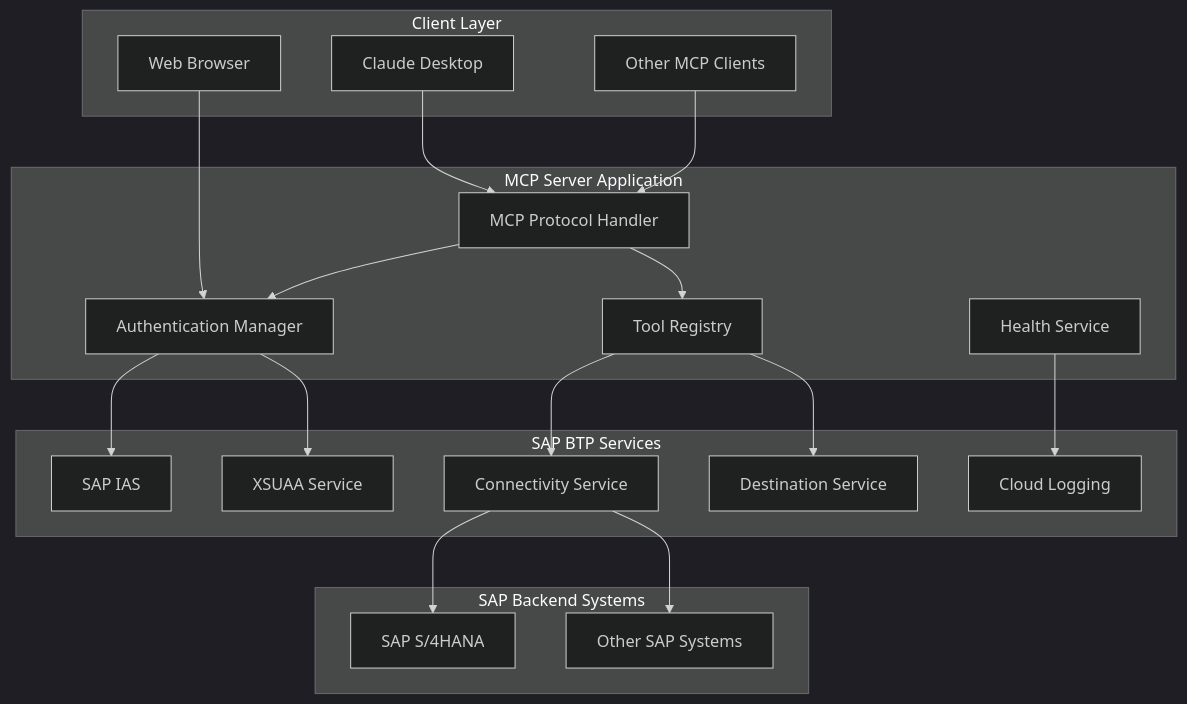
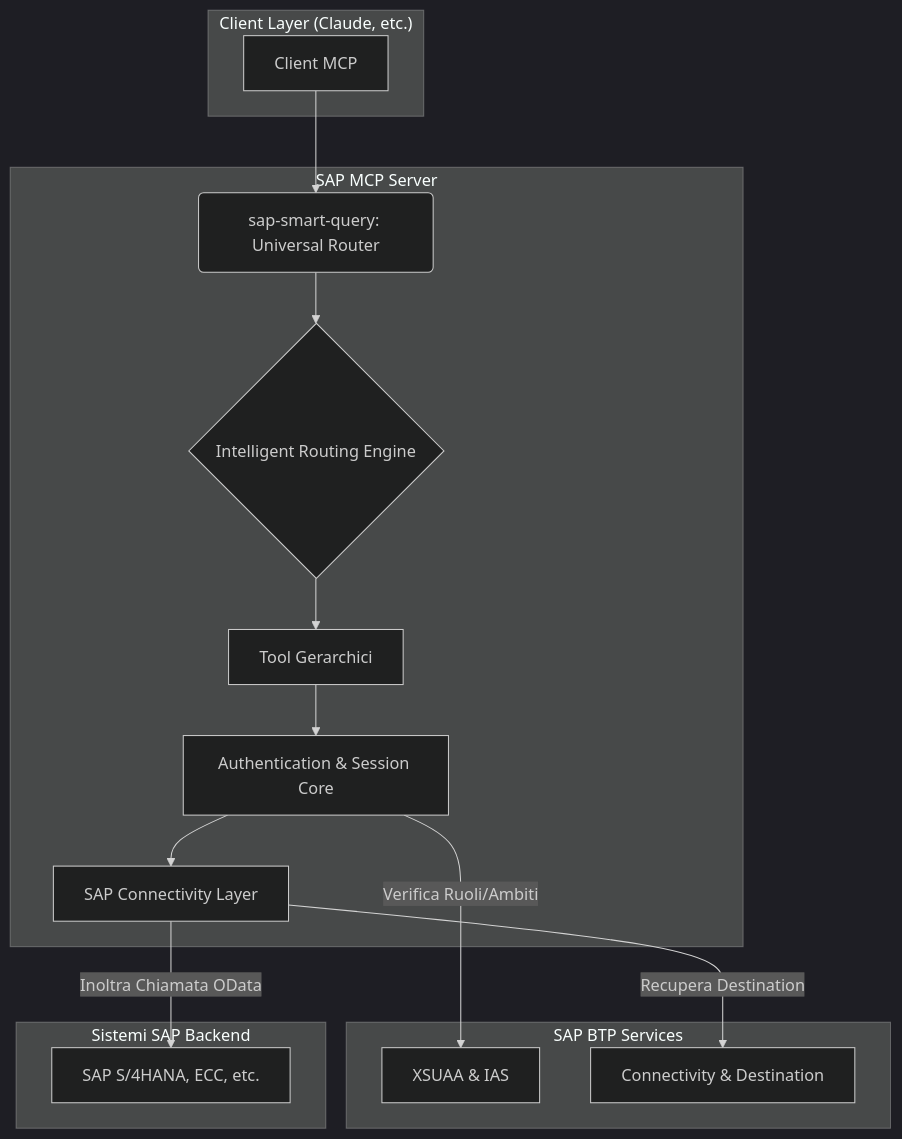
Before and after one commit to Raistlin82/btp-sap-odata-to-mcp-server-optimized: the diagram in docs/ARCHITECTURE.md, drawn with Mermaid (dark theme). The commit also changed other lines of this file and 13 other files, not shown here.

````diff
--- a/docs/ARCHITECTURE.md
+++ b/docs/ARCHITECTURE.md
@@ -8,41 +7,27 @@
 ```mermaid
-graph TB
-    subgraph "Client Layer"
-        A[Claude Desktop]
-        B[Other MCP Clients]
-        C[Web Browser]
+graph TD
+    subgraph "Client Layer (Claude, etc.)"
+        A[Client MCP]
     end
-    
-    subgraph "MCP Server Application"
-        D[MCP Protocol Handler]
-        E[Authentication Manager]
-        F[Tool Registry]
-        G[Health Service]
+
+    subgraph "SAP MCP Server"
+        B(sap-smart-query: Universal Router) --> C{Intelligent Routing Engine}
+        C --> D[Tool Gerarchici]
+        D --> E[Authentication & Session Core]
+        E --> F[SAP Connectivity Layer]
     end
-    
+
     subgraph "SAP BTP Services"
-        H[SAP IAS]
-        I[XSUAA Service]
-        J[Connectivity Service]
-        K[Destination Service]
-        L[Cloud Logging]
+        G[XSUAA & IAS]
+        H[Connectivity & Destination]
     end
-    
-    subgraph "SAP Backend Systems"
-        M[SAP S/4HANA]
-        N[Other SAP Systems]
+
+    subgraph "Sistemi SAP Backend"
+        I[SAP S/4HANA, ECC, etc.]
     end
-    
-    A --> D
-    B --> D
-    C --> E
-    D --> E
-    D --> F
-    E --> H
-    E --> I
-    F --> J
-    F --> K
-    G --> L
-    J --> M
-    J --> N
+
+    A --> B
+    E -- "Verifica Ruoli/Ambiti" --> G
+    F -- "Recupera Destination" --> H
+    F -- "Inoltra Chiamata OData" --> I
 ```
````
